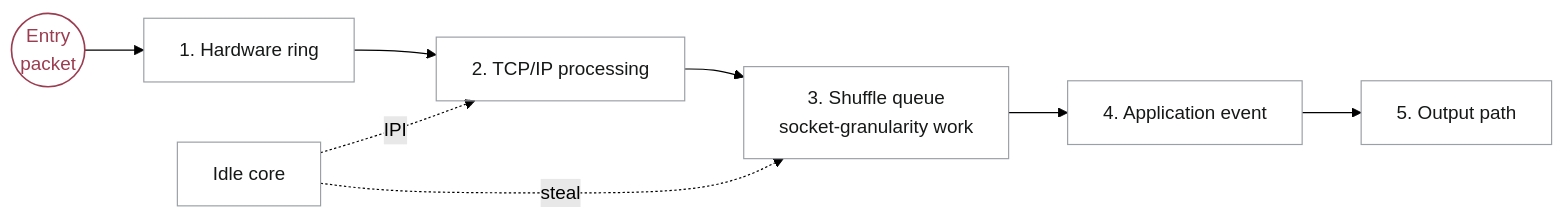
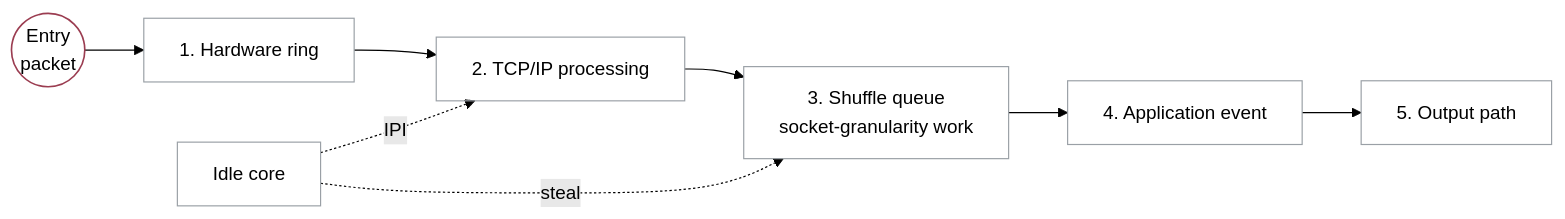
The first of 2 diagrams in _posts/2026-05-22-work-stealing-in-os.md (JiexiaoXu/JiexiaoXu.github.io), drawn with Mermaid (forest theme) before and after one commit. The commit also changed other lines of this file and 4 other files, not shown here.

Commit message:
Refine post metadata and diagrams

````diff
--- a/_posts/2026-05-22-work-stealing-in-os.md
+++ b/_posts/2026-05-22-work-stealing-in-os.md
@@ -43,19 +43,19 @@
 ```mermaid
 flowchart LR
   ENTRY(("Entry<br/>packet"))
   RING["1. Hardware ring"]
   TCP["2. TCP/IP processing"]
   SQ["3. Shuffle queue<br/>socket-granularity work"]
   APP["4. Application event"]
   OUT["5. Output path"]
   IDLE["Idle core"]
 
   ENTRY --> RING --> TCP --> SQ --> APP --> OUT
   IDLE -. "steal" .-> SQ
   IDLE -. "IPI" .-> TCP
 
-  classDef step fill:transparent,stroke:#9aa0a6,stroke-width:1px,color:#161717;
-  classDef entry fill:transparent,stroke:#9b3d51,stroke-width:1.4px,color:#9b3d51;
+  classDef step fill:transparent,stroke:#9aa0a6,stroke-width:1px;
+  classDef entry fill:transparent,stroke:#9b3d51,stroke-width:1.4px;
   class ENTRY entry;
   class RING,TCP,SQ,APP,OUT,IDLE step;
 ```
````
